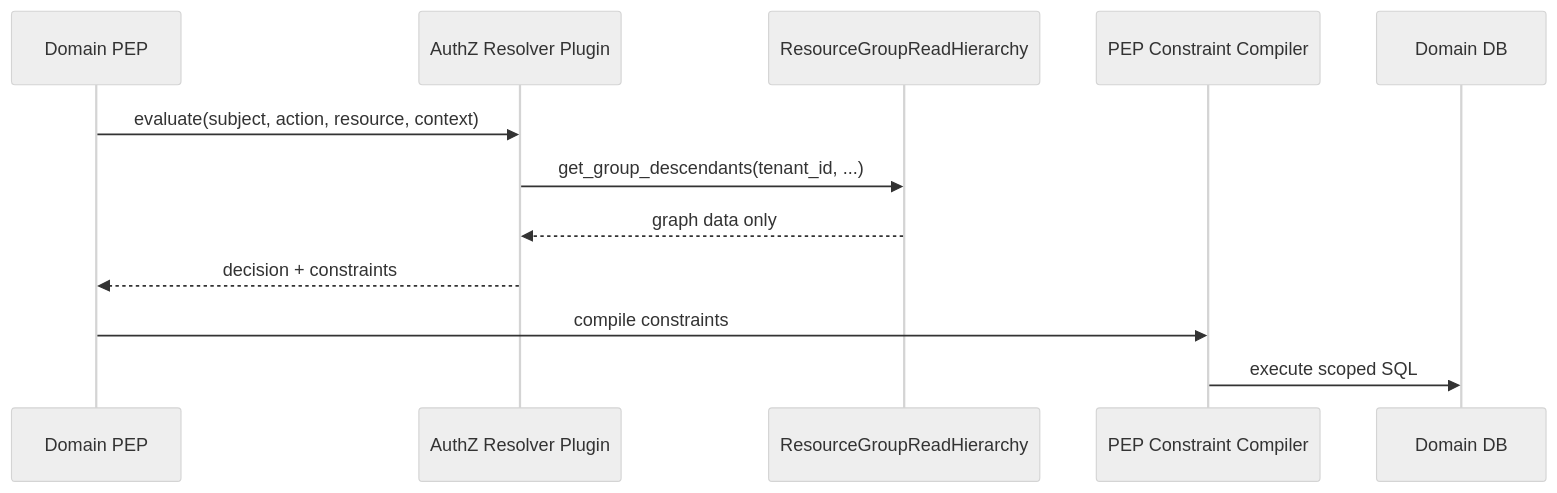
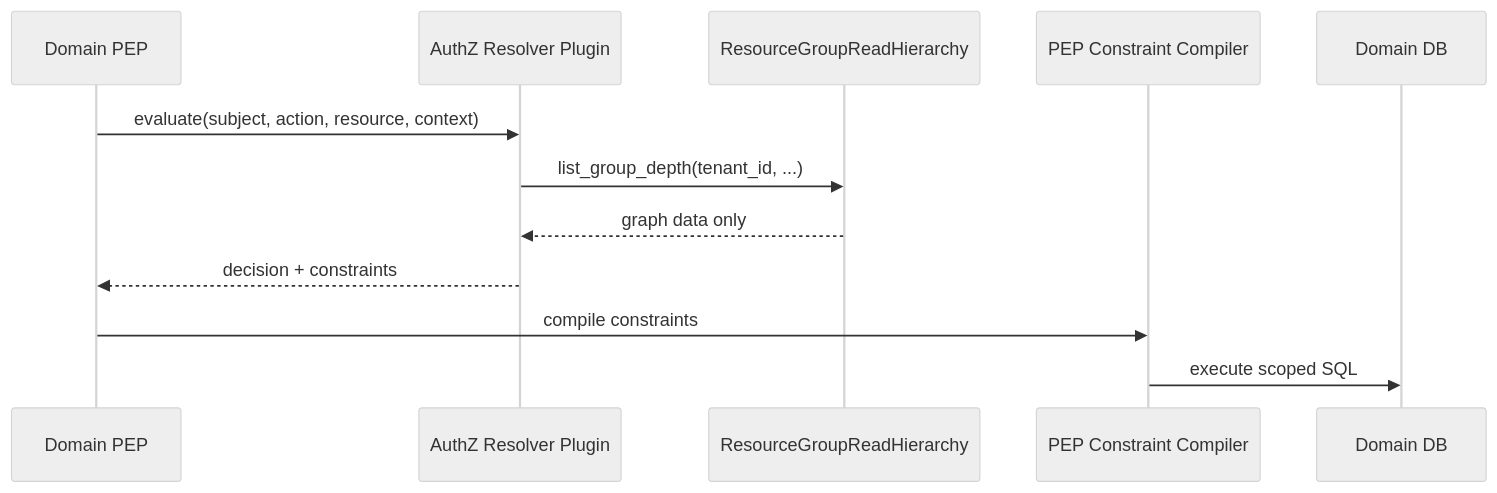
The fourth of 8 diagrams in modules/system/resource-group/docs/DESIGN.md (constructorfabric/gears-rust), drawn with Mermaid (neutral theme) before and after one commit. The commit also changed other lines of this file and 36 other files, not shown here.

````diff
--- a/modules/system/resource-group/docs/DESIGN.md
+++ b/modules/system/resource-group/docs/DESIGN.md
@@ -764,15 +726,15 @@
 ```mermaid
 sequenceDiagram
     participant PEP as Domain PEP
     participant AZ as AuthZ Resolver Plugin
     participant RG as ResourceGroupReadHierarchy
     participant CMP as PEP Constraint Compiler
     participant DB as Domain DB
 
     PEP->>AZ: evaluate(subject, action, resource, context)
-    AZ->>RG: get_group_descendants(tenant_id, ...)
+    AZ->>RG: list_group_depth(tenant_id, ...)
     RG-->>AZ: graph data only
     AZ-->>PEP: decision + constraints
     PEP->>CMP: compile constraints
     CMP->>DB: execute scoped SQL
 ```
````
